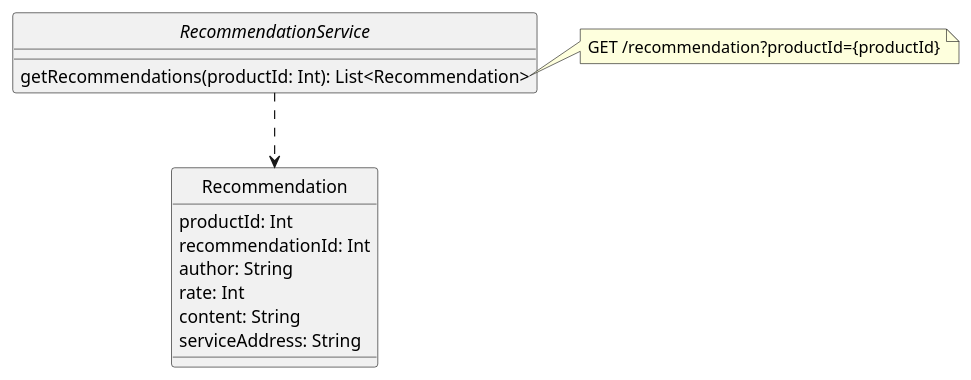
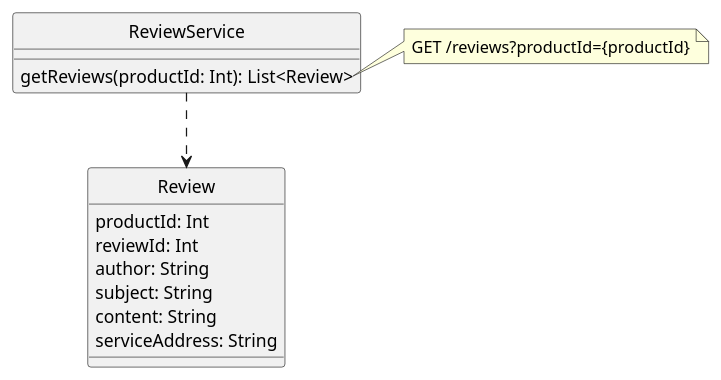
Before and after one commit to teddyprogramming/teddyprogramming.github.io: the sixth of 8 diagrams in docs/kata/Microservices with Spring Boot 3 and Spring Cloud - Third Edition/3 Creating a Set of Cooperating Microservices.md, drawn with PlantUML. The commit also changed other lines of this file, not shown here.

````diff
--- a/docs/kata/Microservices with Spring Boot 3 and Spring Cloud - Third Edition/3 Creating a Set of Cooperating Microservices.md
+++ b/docs/kata/Microservices with Spring Boot 3 and Spring Cloud - Third Edition/3 Creating a Set of Cooperating Microservices.md
@@ -443,21 +424,22 @@
 ```plantuml
 hide circle
 
-interface RecommendationService {
-    getRecommendations(productId: Int): List<Recommendation>
+class ReviewService {
+    getReviews(productId: Int): List<Review>
 }
-note right of RecommendationService::getRecommendations
-GET /recommendation?productId={productId}
+
+note right of ReviewService::getReviews
+GET /reviews?productId={productId}
 end note
 
-class Recommendation {
+class Review {
     productId: Int
-    recommendationId: Int
+    reviewId: Int
     author: String
-    rate: Int
+    subject: String
     content: String
     serviceAddress: String
 }
 
-RecommendationService ..> Recommendation
+ReviewService ..> Review
 ```
````
